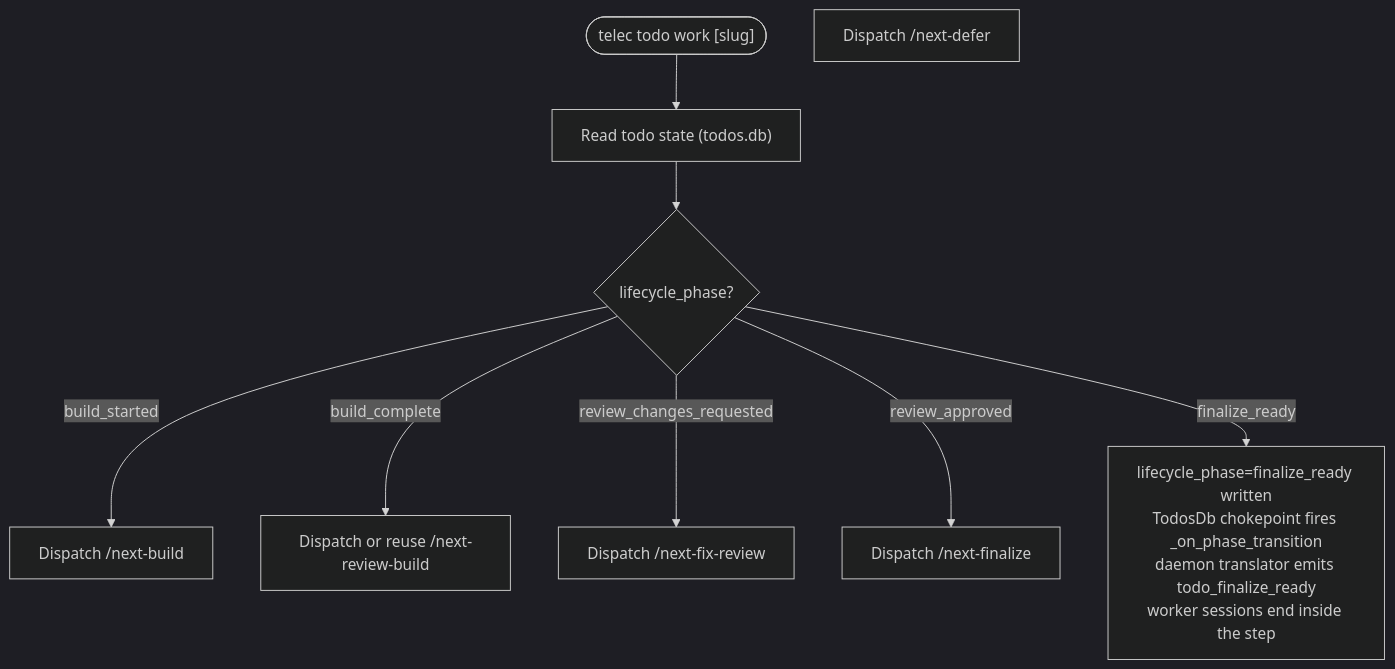
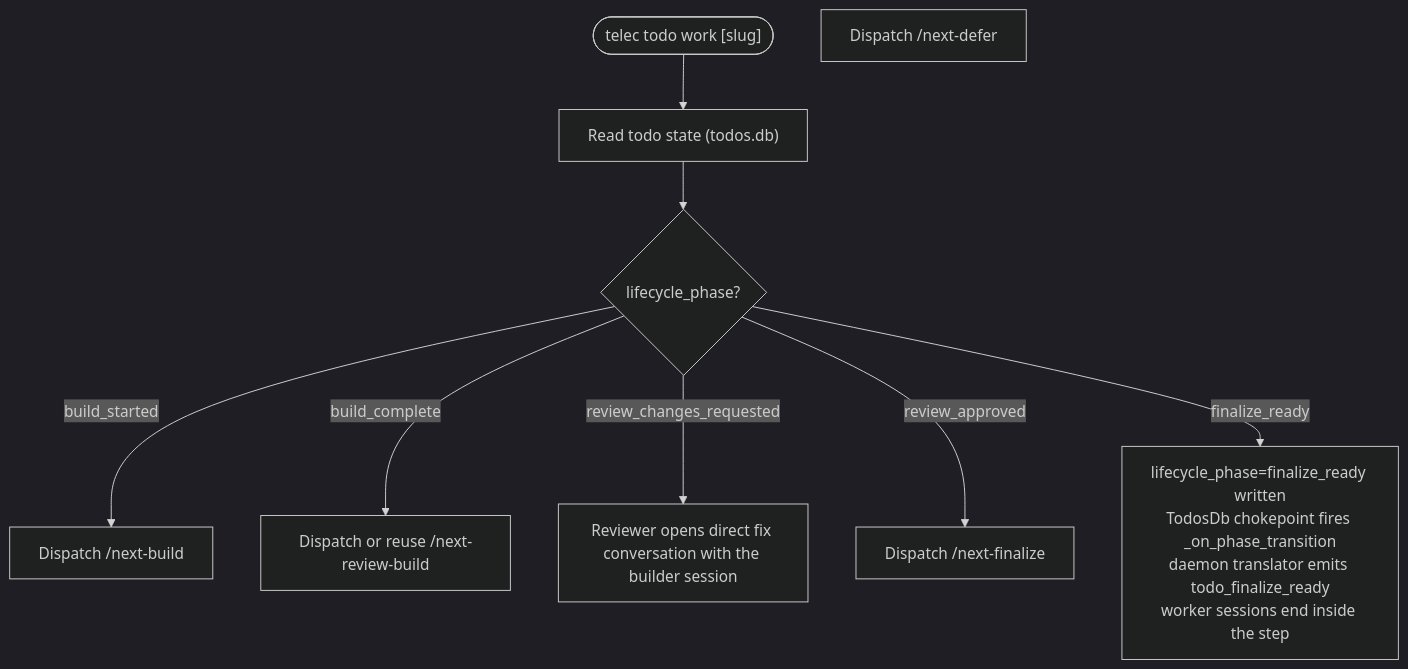
One commit to InstruktAI/TeleClaude changed the second of 5 diagrams in docs/project/design/architecture/work-state-machine.md. Above: the diagram before and after it, drawn with Mermaid (dark theme). The commit also changed other lines of this file and 11 other files, not shown here.

````diff
--- a/docs/project/design/architecture/work-state-machine.md
+++ b/docs/project/design/architecture/work-state-machine.md
@@ -139,22 +139,22 @@
 ```mermaid
 flowchart TD
     Start(["telec todo work [slug]"])
     ReadState["Read todo state (todos.db)"]
     PhaseCheck{"lifecycle_phase?"}
 
     DispatchBuild["Dispatch /next-build"]
     DispatchReview["Dispatch or reuse /next-review-build"]
-    DispatchFix["Dispatch /next-fix-review"]
+    DispatchFix["Reviewer opens direct fix conversation with the builder session"]
     DispatchDefer["Dispatch /next-defer"]
     DispatchFinalize["Dispatch /next-finalize"]
     Terminal["lifecycle_phase=finalize_ready written<br/>TodosDb chokepoint fires _on_phase_transition<br/>daemon translator emits todo_finalize_ready<br/>worker sessions end inside the step"]
 
     Start --> ReadState
     ReadState --> PhaseCheck
 
     PhaseCheck -->|"build_started"| DispatchBuild
     PhaseCheck -->|"build_complete"| DispatchReview
     PhaseCheck -->|"review_changes_requested"| DispatchFix
     PhaseCheck -->|"review_approved"| DispatchFinalize
     PhaseCheck -->|"finalize_ready"| Terminal
 ```
````
